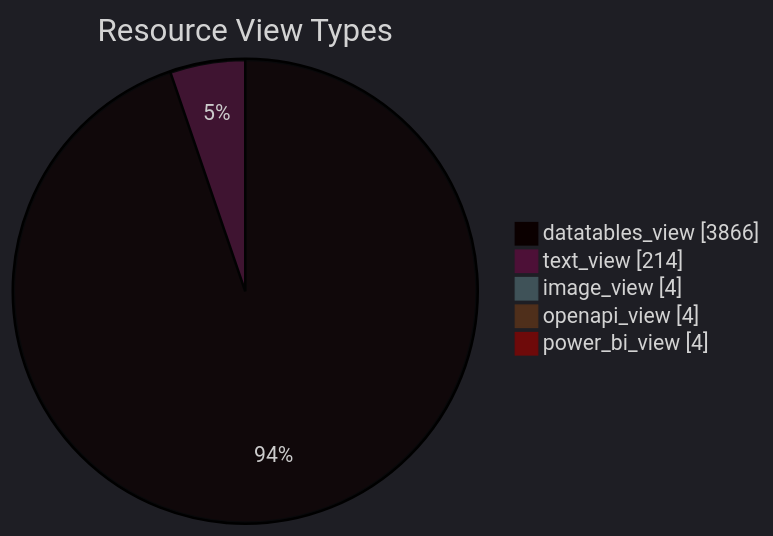
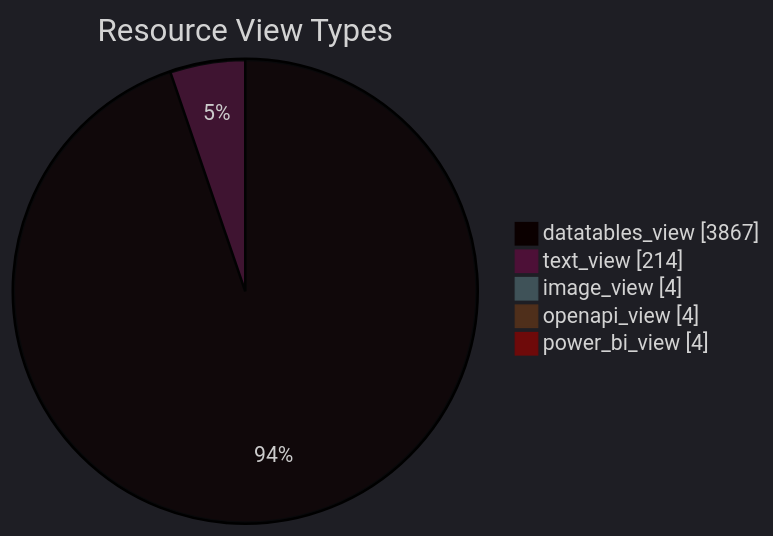
One commit to open-data/analytics-corporate-reporting changed the diagram in datastore_tracker/resource_view_types_pie_chart.md. Above: the diagram before and after it, drawn with Mermaid. The commit also changed 12 other files, not shown here.

````diff
--- a/datastore_tracker/resource_view_types_pie_chart.md
+++ b/datastore_tracker/resource_view_types_pie_chart.md
@@ -2,12 +2,12 @@
 ```mermaid
 ---
 config:
   theme: dark
 ---
 pie showData title Resource View Types
-    "datatables_view": 3866
+    "datatables_view": 3867
     "text_view": 214
     "image_view": 4
     "openapi_view": 4
     "power_bi_view": 4
 ```
````
